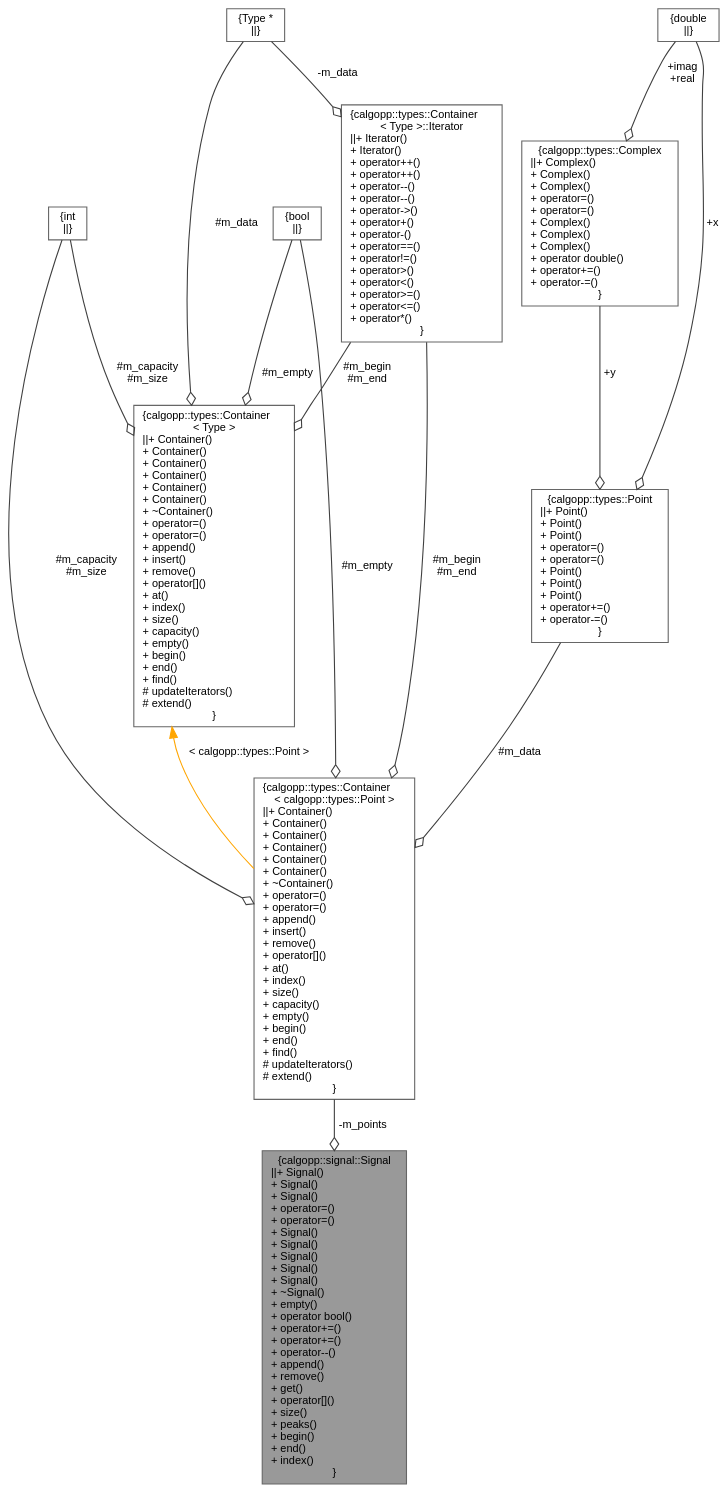
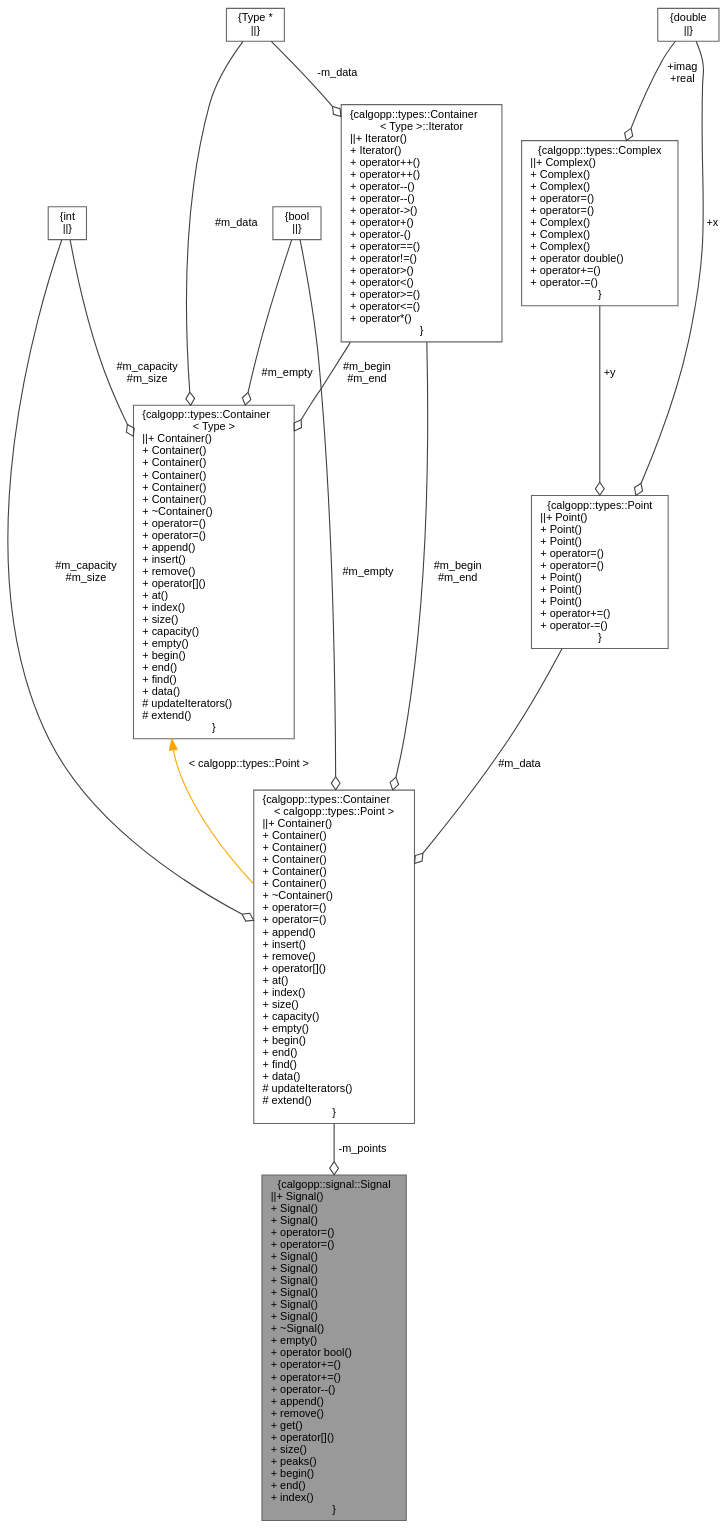
Before and after one commit to pawelekg95/algopp: the diagram in classcalgopp_1_1signal_1_1Signal__coll__graph.dot, drawn with Graphviz. The commit also changed 26 other files, not shown here.

```diff
--- a/classcalgopp_1_1signal_1_1Signal__coll__graph.dot
+++ b/classcalgopp_1_1signal_1_1Signal__coll__graph.dot
@@ -1,31 +1,31 @@
 digraph "calgopp::signal::Signal"
 {
  // LATEX_PDF_SIZE
   bgcolor="transparent";
   edge [fontname=Helvetica,fontsize=10,labelfontname=Helvetica,labelfontsize=10];
   node [fontname=Helvetica,fontsize=10,shape=box,height=0.2,width=0.4];
-  Node1 [label="{calgopp::signal::Signal\n||+ Signal()\l+ Signal()\l+ Signal()\l+ operator=()\l+ operator=()\l+ Signal()\l+ Signal()\l+ Signal()\l+ Signal()\l+ Signal()\l+ ~Signal()\l+ empty()\l+ operator bool()\l+ operator+=()\l+ operator+=()\l+ operator--()\l+ append()\l+ remove()\l+ get()\l+ operator[]()\l+ size()\l+ peaks()\l+ begin()\l+ end()\l+ index()\l}",height=0.2,width=0.4,color="gray40", fillcolor="grey60", style="filled", fontcolor="black",tooltip=" "];
+  Node1 [label="{calgopp::signal::Signal\n||+ Signal()\l+ Signal()\l+ Signal()\l+ operator=()\l+ operator=()\l+ Signal()\l+ Signal()\l+ Signal()\l+ Signal()\l+ Signal()\l+ Signal()\l+ ~Signal()\l+ empty()\l+ operator bool()\l+ operator+=()\l+ operator+=()\l+ operator--()\l+ append()\l+ remove()\l+ get()\l+ operator[]()\l+ size()\l+ peaks()\l+ begin()\l+ end()\l+ index()\l}",height=0.2,width=0.4,color="gray40", fillcolor="grey60", style="filled", fontcolor="black",tooltip=" "];
   Node2 -> Node1 [color="grey25",style="solid",label=" -m_points" ,arrowhead="odiamond"];
-  Node2 [label="{calgopp::types::Container\l\< calgopp::types::Point \>\n||+ Container()\l+ Container()\l+ Container()\l+ Container()\l+ Container()\l+ Container()\l+ ~Container()\l+ operator=()\l+ operator=()\l+ append()\l+ insert()\l+ remove()\l+ operator[]()\l+ at()\l+ index()\l+ size()\l+ capacity()\l+ empty()\l+ begin()\l+ end()\l+ find()\l# updateIterators()\l# extend()\l}",height=0.2,width=0.4,color="gray40", fillcolor="white", style="filled",URL="$classcalgopp_1_1types_1_1Container.html",tooltip=" "];
+  Node2 [label="{calgopp::types::Container\l\< calgopp::types::Point \>\n||+ Container()\l+ Container()\l+ Container()\l+ Container()\l+ Container()\l+ Container()\l+ ~Container()\l+ operator=()\l+ operator=()\l+ append()\l+ insert()\l+ remove()\l+ operator[]()\l+ at()\l+ index()\l+ size()\l+ capacity()\l+ empty()\l+ begin()\l+ end()\l+ find()\l+ data()\l# updateIterators()\l# extend()\l}",height=0.2,width=0.4,color="gray40", fillcolor="white", style="filled",URL="$classcalgopp_1_1types_1_1Container.html",tooltip=" "];
   Node3 -> Node2 [color="grey25",style="solid",label=" #m_capacity\n#m_size" ,arrowhead="odiamond"];
   Node3 [label="{int\n||}",height=0.2,width=0.4,color="gray40", fillcolor="white", style="filled",tooltip=" "];
   Node4 -> Node2 [color="grey25",style="solid",label=" #m_empty" ,arrowhead="odiamond"];
   Node4 [label="{bool\n||}",height=0.2,width=0.4,color="gray40", fillcolor="white", style="filled",URL="$classbool.html",tooltip=" "];
   Node5 -> Node2 [color="grey25",style="solid",label=" #m_data" ,arrowhead="odiamond"];
   Node5 [label="{calgopp::types::Point\n||+ Point()\l+ Point()\l+ Point()\l+ operator=()\l+ operator=()\l+ Point()\l+ Point()\l+ Point()\l+ operator+=()\l+ operator-=()\l}",height=0.2,width=0.4,color="gray40", fillcolor="white", style="filled",URL="$structcalgopp_1_1types_1_1Point.html",tooltip=" "];
   Node6 -> Node5 [color="grey25",style="solid",label=" +x" ,arrowhead="odiamond"];
   Node6 [label="{double\n||}",height=0.2,width=0.4,color="gray40", fillcolor="white", style="filled",tooltip=" "];
   Node7 -> Node5 [color="grey25",style="solid",label=" +y" ,arrowhead="odiamond"];
   Node7 [label="{calgopp::types::Complex\n||+ Complex()\l+ Complex()\l+ Complex()\l+ operator=()\l+ operator=()\l+ Complex()\l+ Complex()\l+ Complex()\l+ operator double()\l+ operator+=()\l+ operator-=()\l}",height=0.2,width=0.4,color="gray40", fillcolor="white", style="filled",URL="$structcalgopp_1_1types_1_1Complex.html",tooltip=" "];
   Node6 -> Node7 [color="grey25",style="solid",label=" +imag\n+real" ,arrowhead="odiamond"];
   Node8 -> Node2 [color="grey25",style="solid",label=" #m_begin\n#m_end" ,arrowhead="odiamond"];
   Node8 [label="{calgopp::types::Container\l\< Type \>::Iterator\n||+ Iterator()\l+ Iterator()\l+ operator++()\l+ operator++()\l+ operator--()\l+ operator--()\l+ operator-\>()\l+ operator+()\l+ operator-()\l+ operator==()\l+ operator!=()\l+ operator\>()\l+ operator\<()\l+ operator\>=()\l+ operator\<=()\l+ operator*()\l}",height=0.2,width=0.4,color="gray40", fillcolor="white", style="filled",URL="$classcalgopp_1_1types_1_1Container_1_1Iterator.html",tooltip=" "];
   Node9 -> Node8 [color="grey25",style="solid",label=" -m_data" ,arrowhead="odiamond"];
   Node9 [label="{Type *\n||}",height=0.2,width=0.4,color="gray40", fillcolor="white", style="filled",tooltip=" "];
   Node10 -> Node2 [dir="back",color="orange",style="solid",label=" \< calgopp::types::Point \>" ];
-  Node10 [label="{calgopp::types::Container\l\< Type \>\n||+ Container()\l+ Container()\l+ Container()\l+ Container()\l+ Container()\l+ Container()\l+ ~Container()\l+ operator=()\l+ operator=()\l+ append()\l+ insert()\l+ remove()\l+ operator[]()\l+ at()\l+ index()\l+ size()\l+ capacity()\l+ empty()\l+ begin()\l+ end()\l+ find()\l# updateIterators()\l# extend()\l}",height=0.2,width=0.4,color="gray40", fillcolor="white", style="filled",URL="$classcalgopp_1_1types_1_1Container.html",tooltip=" "];
+  Node10 [label="{calgopp::types::Container\l\< Type \>\n||+ Container()\l+ Container()\l+ Container()\l+ Container()\l+ Container()\l+ Container()\l+ ~Container()\l+ operator=()\l+ operator=()\l+ append()\l+ insert()\l+ remove()\l+ operator[]()\l+ at()\l+ index()\l+ size()\l+ capacity()\l+ empty()\l+ begin()\l+ end()\l+ find()\l+ data()\l# updateIterators()\l# extend()\l}",height=0.2,width=0.4,color="gray40", fillcolor="white", style="filled",URL="$classcalgopp_1_1types_1_1Container.html",tooltip=" "];
   Node3 -> Node10 [color="grey25",style="solid",label=" #m_capacity\n#m_size" ,arrowhead="odiamond"];
   Node4 -> Node10 [color="grey25",style="solid",label=" #m_empty" ,arrowhead="odiamond"];
   Node9 -> Node10 [color="grey25",style="solid",label=" #m_data" ,arrowhead="odiamond"];
   Node8 -> Node10 [color="grey25",style="solid",label=" #m_begin\n#m_end" ,arrowhead="odiamond"];
 }
```
